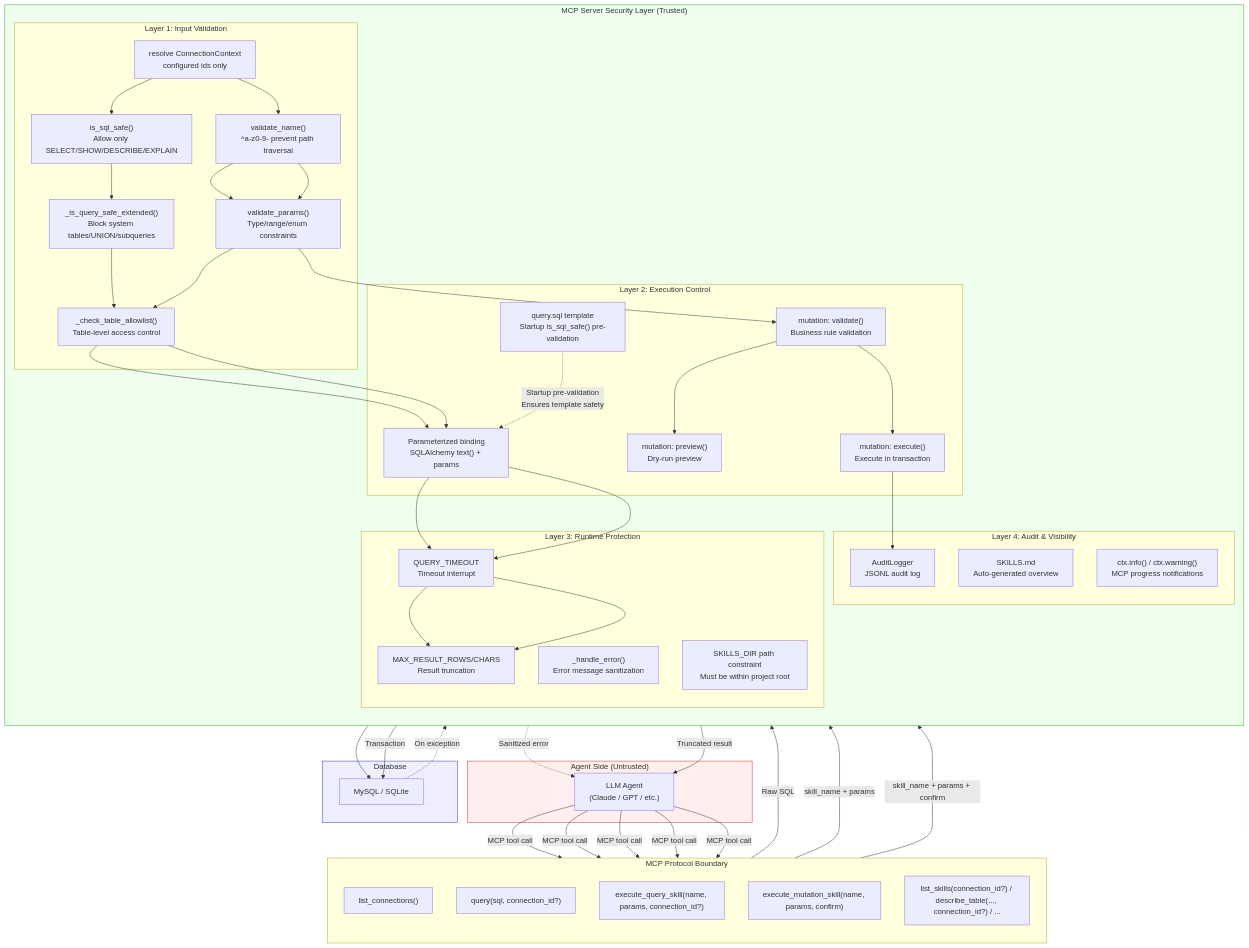
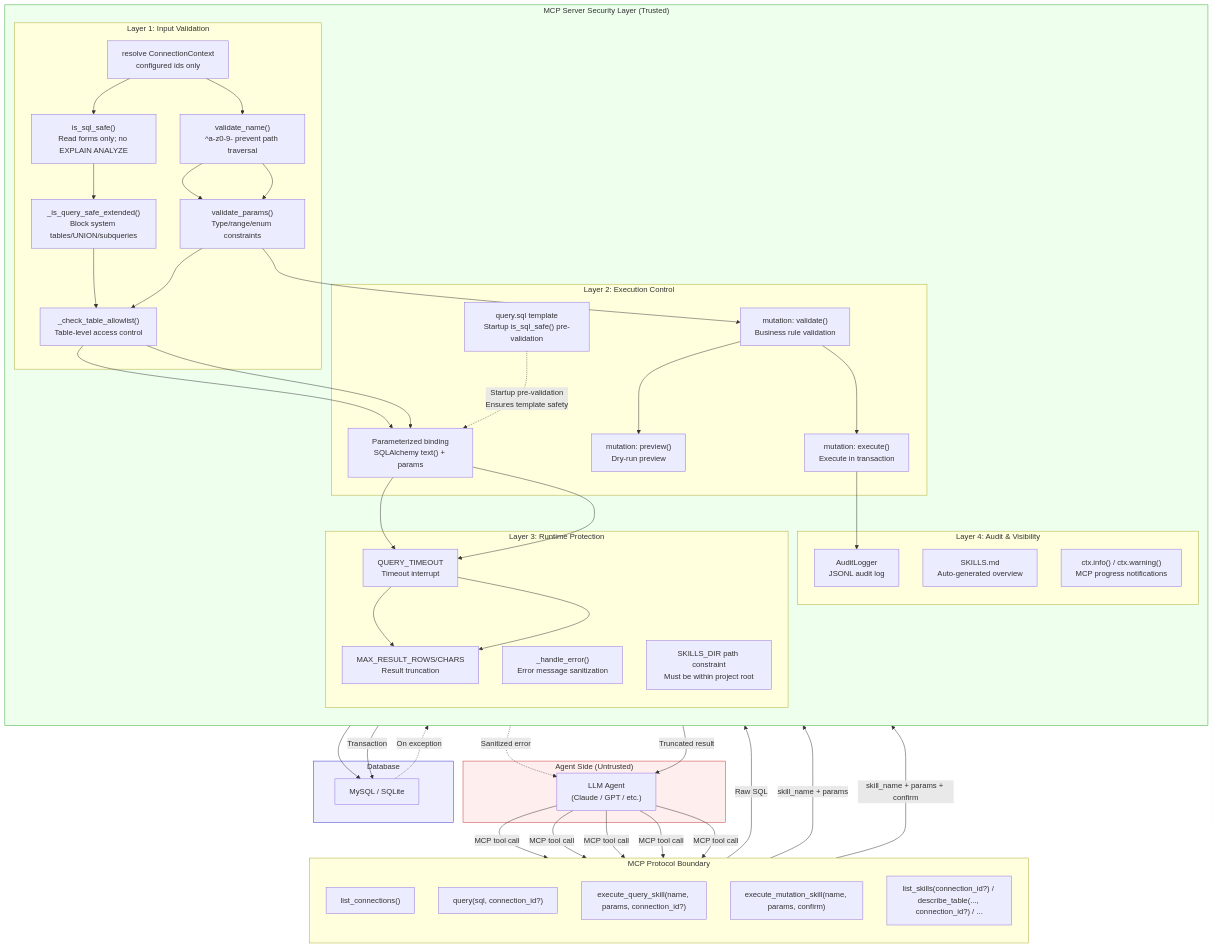
Before and after one commit to Firstmeridian/llm-sql-safety-executor-mcp: the eighth of 10 diagrams in MCP_AGENTS_SKILLS_DESIGN.md, drawn with Mermaid. The commit also changed other lines of this file and 39 other files, not shown here.

````diff
--- a/MCP_AGENTS_SKILLS_DESIGN.md
+++ b/MCP_AGENTS_SKILLS_DESIGN.md
@@ -508,72 +584,72 @@
 ```mermaid
 flowchart TB
     subgraph Agent["Agent Side (Untrusted)"]
         A1["LLM Agent<br/>(Claude / GPT / etc.)"]
     end
 
     subgraph MCP["MCP Protocol Boundary"]
         direction TB
       T0["list_connections()"]
       T1["query(sql, connection_id?)"]
       T2["execute_query_skill(name, params, connection_id?)"]
         T3["execute_mutation_skill(name, params, confirm)"]
       T4["list_skills(connection_id?) / describe_table(..., connection_id?) / ..."]
     end
 
     subgraph Server["MCP Server Security Layer (Trusted)"]
         direction TB
 
         subgraph S1["Layer 1: Input Validation"]
           V0["resolve ConnectionContext<br/>configured ids only"]
-            V1["is_sql_safe()<br/>Allow only SELECT/SHOW/DESCRIBE/EXPLAIN"]
+            V1["is_sql_safe()<br/>Read forms only; no EXPLAIN ANALYZE"]
             V2["_is_query_safe_extended()<br/>Block system tables/UNION/subqueries"]
             V3["_check_table_allowlist()<br/>Table-level access control"]
             V4["validate_name()<br/>^a-z0-9- prevent path traversal"]
             V5["validate_params()<br/>Type/range/enum constraints"]
         end
 
         subgraph S2["Layer 2: Execution Control"]
             E1["query.sql template<br/>Startup is_sql_safe() pre-validation"]
             E2["Parameterized binding<br/>SQLAlchemy text() + params"]
             E3["mutation: validate()<br/>Business rule validation"]
             E4["mutation: preview()<br/>Dry-run preview"]
             E5["mutation: execute()<br/>Execute in transaction"]
         end
 
         subgraph S3["Layer 3: Runtime Protection"]
             R1["QUERY_TIMEOUT<br/>Timeout interrupt"]
             R2["MAX_RESULT_ROWS/CHARS<br/>Result truncation"]
             R3["_handle_error()<br/>Error message sanitization"]
             R4["SKILLS_DIR path constraint<br/>Must be within project root"]
         end
 
         subgraph S4["Layer 4: Audit & Visibility"]
             AU1["AuditLogger<br/>JSONL audit log"]
             AU2["SKILLS.md<br/>Auto-generated overview"]
             AU3["ctx.info() / ctx.warning()<br/>MCP progress notifications"]
         end
     end
 
     subgraph DB["Database"]
         DB1["MySQL / SQLite"]
     end
 
     A1 -->|"MCP tool call"| T0 & T1 & T2 & T3 & T4
 
     T1 -->|"Raw SQL"| V0 --> V1 --> V2 --> V3 --> E2 --> R1 --> R2
     T2 -->|"skill_name + params"| V0 --> V4 --> V5 --> V3 --> E2 --> R1 --> R2
     E1 -.->|"Startup pre-validation<br/>Ensures template safety"| E2
     T3 -->|"skill_name + params + confirm"| V4 --> V5 --> E3 --> E4 & E5
 
     E2 --> DB1
     E5 -->|"Transaction"| DB1
     E5 --> AU1
 
     DB1 -.->|"On exception"| R3 -.->|"Sanitized error"| A1
     R2 -->|"Truncated result"| A1
 
     style Agent fill:#fee,stroke:#c33
     style Server fill:#efe,stroke:#3a3
     style DB fill:#eef,stroke:#33c
     style MCP fill:#ffd,stroke:#aa3
 ```
````
